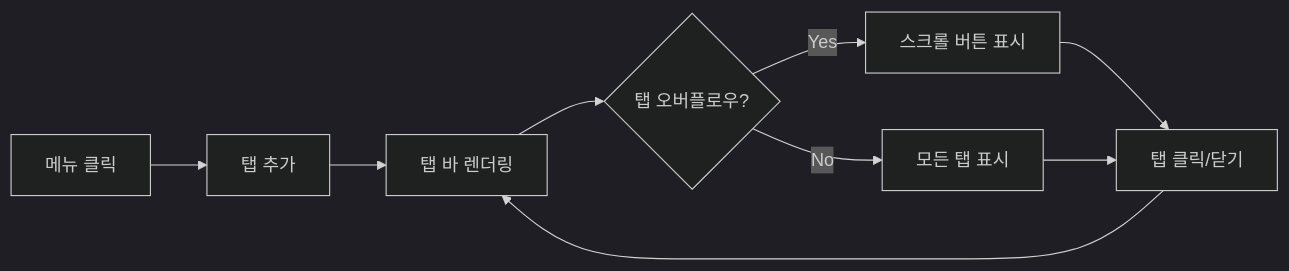
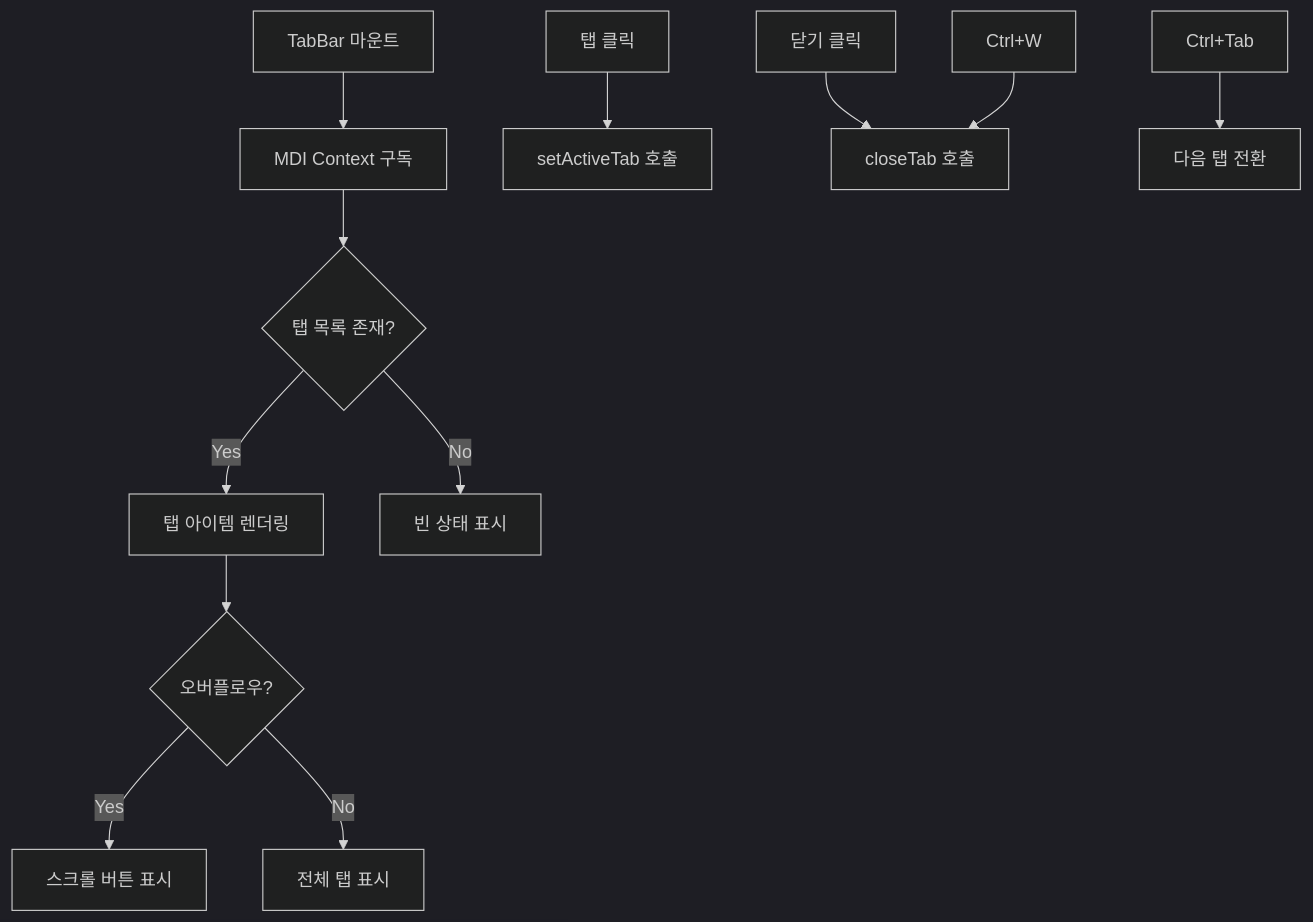
The second of 3 diagrams in .orchay/projects/mes-portal/tasks/TSK-02-02/010-design.md (jongik-sv/mes-poc), drawn with Mermaid (dark theme) before and after one commit. The commit also changed other lines of this file and 8 other files, not shown here.

````diff
--- a/.orchay/projects/mes-portal/tasks/TSK-02-02/010-design.md
+++ b/.orchay/projects/mes-portal/tasks/TSK-02-02/010-design.md
@@ -216,11 +289,15 @@
 ```mermaid
-flowchart LR
-    A[메뉴 클릭] --> B[탭 추가]
-    B --> C[탭 바 렌더링]
-    C --> D{탭 오버플로우?}
-    D -->|Yes| E[스크롤 버튼 표시]
-    D -->|No| F[모든 탭 표시]
-    E --> G[탭 클릭/닫기]
-    F --> G
-    G --> C
+flowchart TD
+    A[TabBar 마운트] --> B[MDI Context 구독]
+    B --> C{탭 목록 존재?}
+    C -->|Yes| D[탭 아이템 렌더링]
+    C -->|No| E[빈 상태 표시]
+    D --> F{오버플로우?}
+    F -->|Yes| G[스크롤 버튼 표시]
+    F -->|No| H[전체 탭 표시]
+
+    I[탭 클릭] --> J[setActiveTab 호출]
+    K[닫기 클릭] --> L[closeTab 호출]
+    M[Ctrl+Tab] --> N[다음 탭 전환]
+    O[Ctrl+W] --> L
 ```
````
